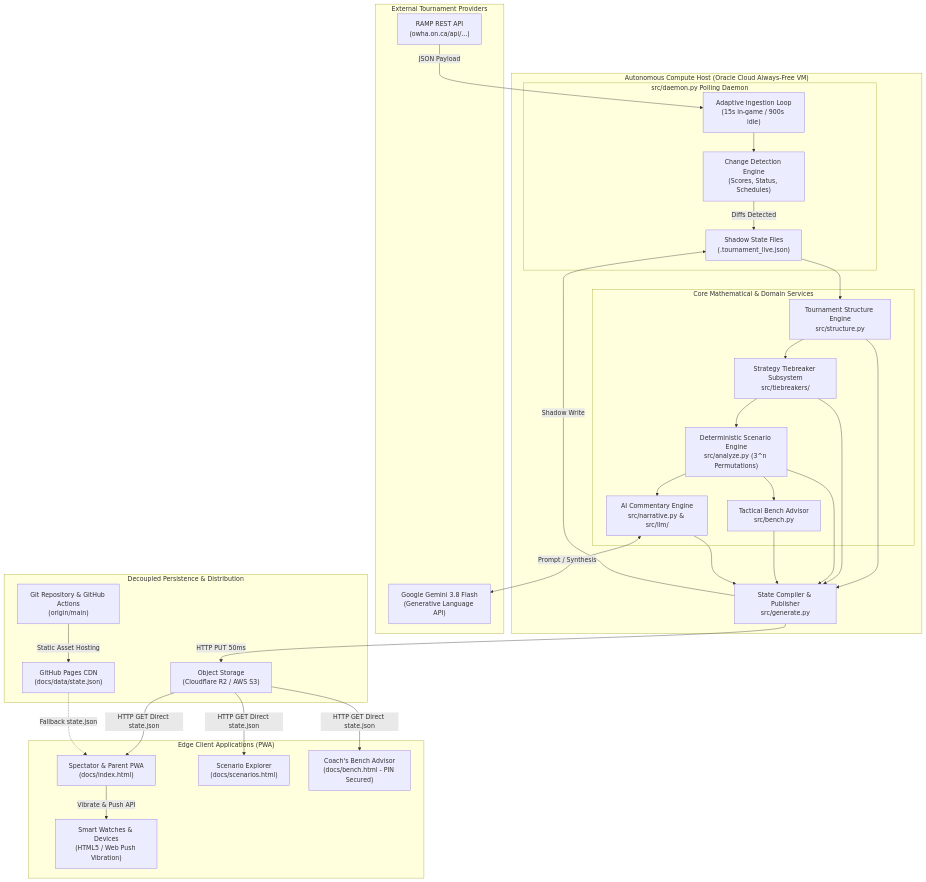
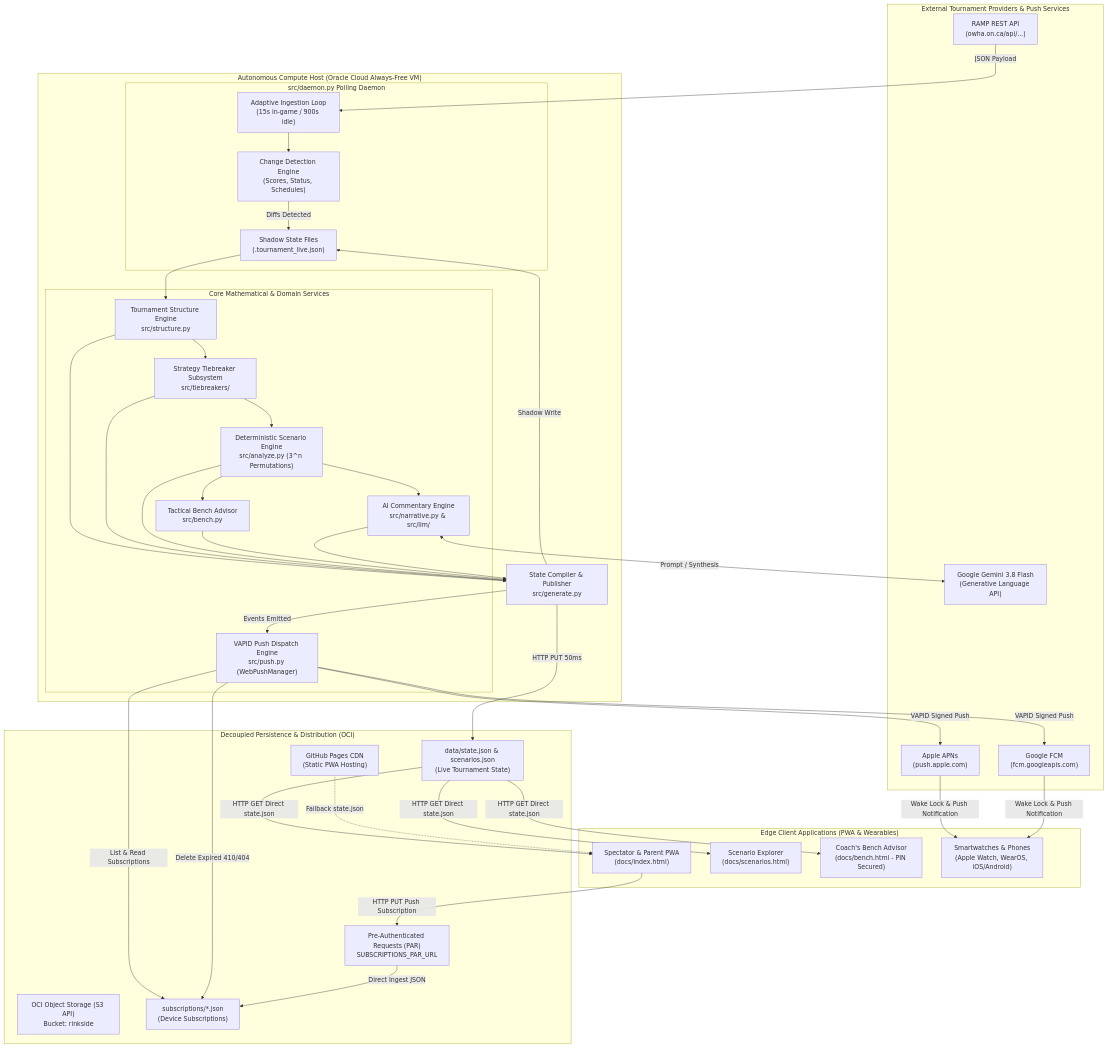
One commit to dpauls/rinkside changed the first of 10 diagrams in ARCHITECTURE.md. Above: the diagram before and after it, drawn with Mermaid. The commit also changed other lines of this file, not shown here.

Commit message:
docs: update ARCHITECTURE.md to v2.8.0 reflecting True VAPID Web Push, negative margin calculus, decisive tiebreakers, and direct VM simulation

````diff
--- a/ARCHITECTURE.md
+++ b/ARCHITECTURE.md
@@ -44,64 +47,79 @@
 ```mermaid
 flowchart TD
-    subgraph External["External Tournament Providers"]
+    subgraph External["External Tournament Providers & Push Services"]
         RAMP["RAMP REST API<br/>(owha.on.ca/api/...)"]
         GeminiAPI["Google Gemini 3.8 Flash<br/>(Generative Language API)"]
+        AppleAPNs["Apple APNs<br/>(push.apple.com)"]
+        GoogleFCM["Google FCM<br/>(fcm.googleapis.com)"]
     end
 
     subgraph DaemonHost["Autonomous Compute Host (Oracle Cloud Always-Free VM)"]
         subgraph DaemonEngine["src/daemon.py Polling Daemon"]
             Poller["Adaptive Ingestion Loop<br/>(15s in-game / 900s idle)"]
             Detector["Change Detection Engine<br/>(Scores, Status, Schedules)"]
             Shadow["Shadow State Files<br/>(.tournament_live.json)"]
         end
 
         subgraph CoreEngines["Core Mathematical & Domain Services"]
             Structure["Tournament Structure Engine<br/>src/structure.py"]
             Tiebreaker["Strategy Tiebreaker Subsystem<br/>src/tiebreakers/"]
             Scenario["Deterministic Scenario Engine<br/>src/analyze.py (3^n Permutations)"]
             Bench["Tactical Bench Advisor<br/>src/bench.py"]
             Narrative["AI Commentary Engine<br/>src/narrative.py & src/llm/"]
+            PushDispatch["VAPID Push Dispatch Engine<br/>src/push.py (WebPushManager)"]
         end
 
         Compiler["State Compiler & Publisher<br/>src/generate.py"]
     end
 
-    subgraph StorageLayer["Decoupled Persistence & Distribution"]
-        GitRepo["Git Repository & GitHub Actions<br/>(origin/main)"]
-        S3Bucket["Object Storage<br/>(Cloudflare R2 / AWS S3)"]
-        GHPages["GitHub Pages CDN<br/>(docs/data/state.json)"]
+    subgraph StorageLayer["Decoupled Persistence & Distribution (OCI)"]
+        S3Bucket["OCI Object Storage (S3 API)<br/>Bucket: rinkside"]
+        SubFolder["subscriptions/*.json<br/>(Device Subscriptions)"]
+        StateJSON["data/state.json & scenarios.json<br/>(Live Tournament State)"]
+        PARIngest["Pre-Authenticated Requests (PAR)<br/>SUBSCRIPTIONS_PAR_URL"]
+        GitRepo["GitHub Pages CDN<br/>(Static PWA Hosting)"]
     end
 
-    subgraph ClientLayer["Edge Client Applications (PWA)"]
+    subgraph ClientLayer["Edge Client Applications (PWA & Wearables)"]
         SpectatorApp["Spectator & Parent PWA<br/>(docs/index.html)"]
         ScenarioApp["Scenario Explorer<br/>(docs/scenarios.html)"]
         BenchApp["Coach's Bench Advisor<br/>(docs/bench.html - PIN Secured)"]
-        Wearables["Smart Watches & Devices<br/>(HTML5 / Web Push Vibration)"]
+        Wearables["Smartwatches & Phones<br/>(Apple Watch, WearOS, iOS/Android)"]
     end
 
     RAMP -->|JSON Payload| Poller
     Poller --> Detector
     Detector -->|Diffs Detected| Shadow
     Shadow --> Structure
     Structure --> Tiebreaker
     Tiebreaker --> Scenario
     Scenario --> Bench
     Scenario --> Narrative
     Narrative <-->|Prompt / Synthesis| GeminiAPI
     
     Structure --> Compiler
     Tiebreaker --> Compiler
     Scenario --> Compiler
     Bench --> Compiler
     Narrative --> Compiler
 
     Compiler -->|Shadow Write| Shadow
-    Compiler -->|HTTP PUT 50ms| S3Bucket
-    GitRepo -->|Static Asset Hosting| GHPages
+    Compiler -->|HTTP PUT 50ms| StateJSON
+    Compiler -->|Events Emitted| PushDispatch
 
-    S3Bucket -->|HTTP GET Direct state.json| SpectatorApp
-    S3Bucket -->|HTTP GET Direct state.json| ScenarioApp
-    S3Bucket -->|HTTP GET Direct state.json| BenchApp
-    GHPages -.->|Fallback state.json| SpectatorApp
-    SpectatorApp -->|Vibrate & Push API| Wearables
+    PushDispatch -->|List & Read Subscriptions| SubFolder
+    PushDispatch -->|VAPID Signed Push| AppleAPNs
+    PushDispatch -->|VAPID Signed Push| GoogleFCM
+    PushDispatch -->|Delete Expired 410/404| SubFolder
+
+    AppleAPNs -->|Wake Lock & Push Notification| Wearables
+    GoogleFCM -->|Wake Lock & Push Notification| Wearables
+
+    SpectatorApp -->|HTTP PUT Push Subscription| PARIngest
+    PARIngest -->|Direct Ingest JSON| SubFolder
+
+    StateJSON -->|HTTP GET Direct state.json| SpectatorApp
+    StateJSON -->|HTTP GET Direct state.json| ScenarioApp
+    StateJSON -->|HTTP GET Direct state.json| BenchApp
+    GitRepo -.->|Fallback state.json| SpectatorApp
 ```
````
